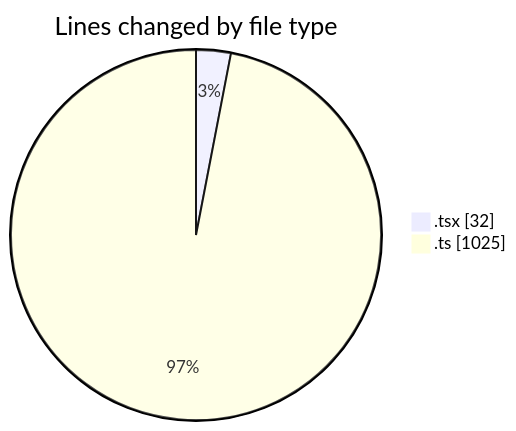
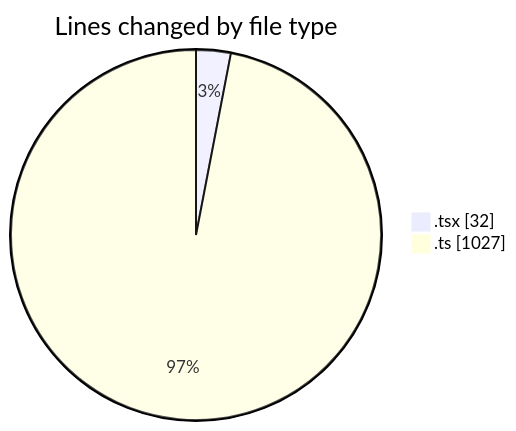
The first of 2 diagrams in 2025-06-26/archive/README.md (JenPaints/code-tracking), drawn with Mermaid before and after one commit. The commit also changed other lines of this file and 1 other file, not shown here.

````diff
--- a/2025-06-26/archive/README.md
+++ b/2025-06-26/archive/README.md
@@ -23,6 +23,6 @@
 ```mermaid
 pie showData
 title Lines changed by file type
 ".tsx" : 32
-".ts" : 1025
+".ts" : 1027
 ```
````
